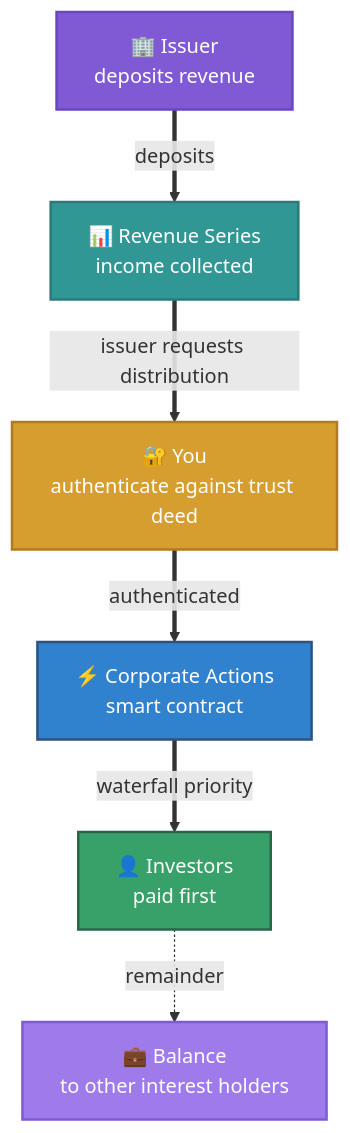
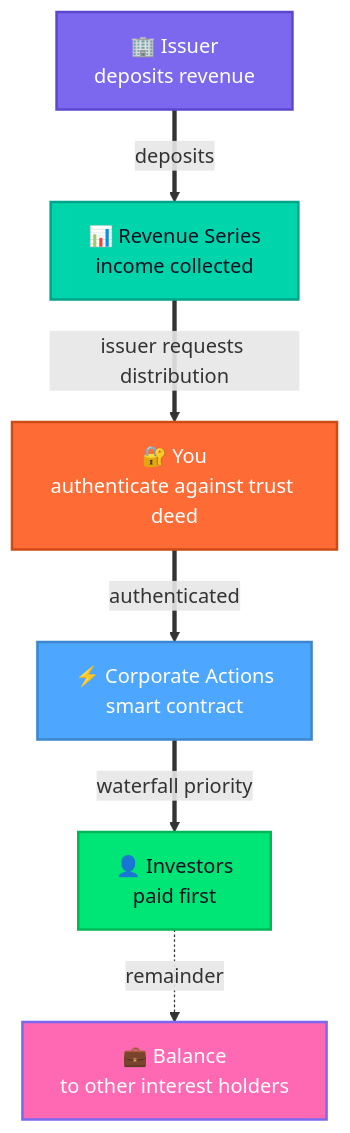
Diagram 14 of 16 in hugo-site/content/players.md (hrbrlife/sailsto_website), drawn with Mermaid before and after one commit. The commit also changed other lines of this file and 9 other files, not shown here.

```diff
--- a/hugo-site/content/players.md
+++ b/hugo-site/content/players.md
@@ -618,20 +618,20 @@
         <div class="mermaid">
         flowchart TD
             CO["🏢 Issuer&lt;br/&gt;deposits revenue"]
             REV["📊 Revenue Series&lt;br/&gt;income collected"]
             YOU["🔐 You&lt;br/&gt;authenticate against trust deed"]
             SC["⚡ Corporate Actions&lt;br/&gt;smart contract"]
             INV["👤 Investors&lt;br/&gt;paid first"]
             BAL["💼 Balance&lt;br/&gt;to other interest holders"]
             CO ==>|"deposits"| REV
             REV ==>|"issuer requests distribution"| YOU
             YOU ==>|"authenticated"| SC
             SC ==>|"waterfall priority"| INV
             INV -.->|"remainder"| BAL
-            style CO fill:#805ad5,color:#fff,stroke:#6b46c1,stroke-width:2px
-            style REV fill:#319795,color:#fff,stroke:#2c7a7b,stroke-width:2px
-            style YOU fill:#d69e2e,color:#fff,stroke:#b7791f,stroke-width:2px
-            style SC fill:#3182ce,color:#fff,stroke:#2c5282,stroke-width:2px
-            style INV fill:#38a169,color:#fff,stroke:#276749,stroke-width:2px
-            style BAL fill:#9f7aea,color:#fff,stroke:#805ad5,stroke-width:2px
+            style CO fill:#7B68EE,color:#fff,stroke:#5B48CE,stroke-width:2px
+            style REV fill:#00D4AA,color:#0F0F23,stroke:#00A488,stroke-width:2px
+            style YOU fill:#FF6B35,color:#fff,stroke:#CF4B15,stroke-width:2px
+            style SC fill:#4DA6FF,color:#fff,stroke:#3D86CF,stroke-width:2px
+            style INV fill:#00E676,color:#0F0F23,stroke:#00B656,stroke-width:2px
+            style BAL fill:#FF69B4,color:#fff,stroke:#7B68EE,stroke-width:2px
         </div>
```
